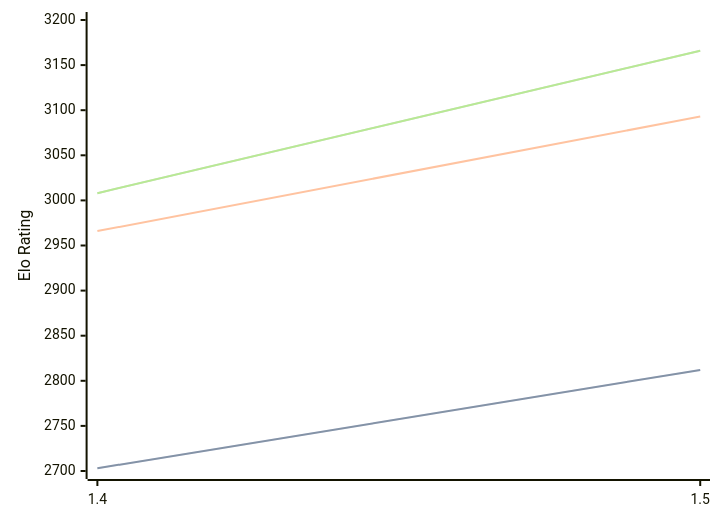
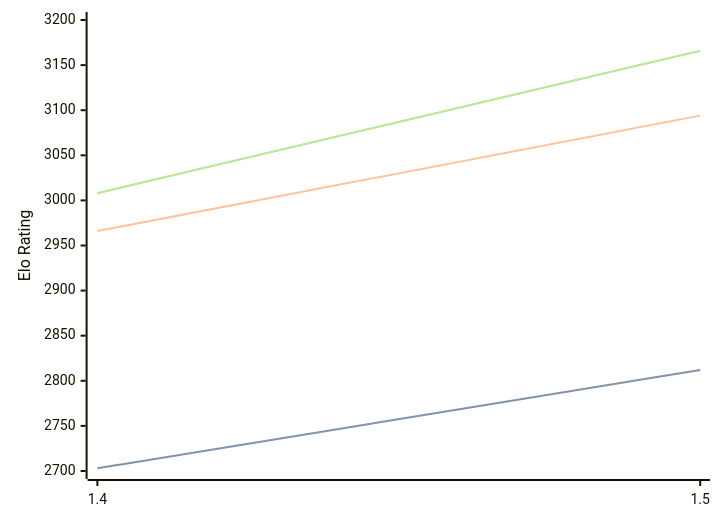
Before and after one commit to computer-chess-index/cci: the diagram in engines/Yakka.md, drawn with Mermaid. The commit also changed other lines of this file, not shown here.

````diff
--- a/engines/Yakka.md
+++ b/engines/Yakka.md
@@ -34,11 +34,11 @@
 ```mermaid
 %%{init: {"theme":"base","themeVariables":{"seriesColors:['#a3a3a3','#222221','#faa371']}}}%%
 xychart-beta
   x-axis ["1.4", "1.5"]
   y-axis "Elo Rating" 2700 --> 3200
   line "STC (8.0+0.08s)" [2703, 2812]
   line "STC (8.0+0.08s)" [2703, 2812]
-  line "LTC (60.0+0.60s)" [2966, 3093]
+  line "LTC (60.0+0.60s)" [2966, 3094]
   line "VLTC (2m24s+1.12s)" [3008, 3166]
   line "VLTC (2m24s+1.12s)" [3008, 3166]
 ```
````
